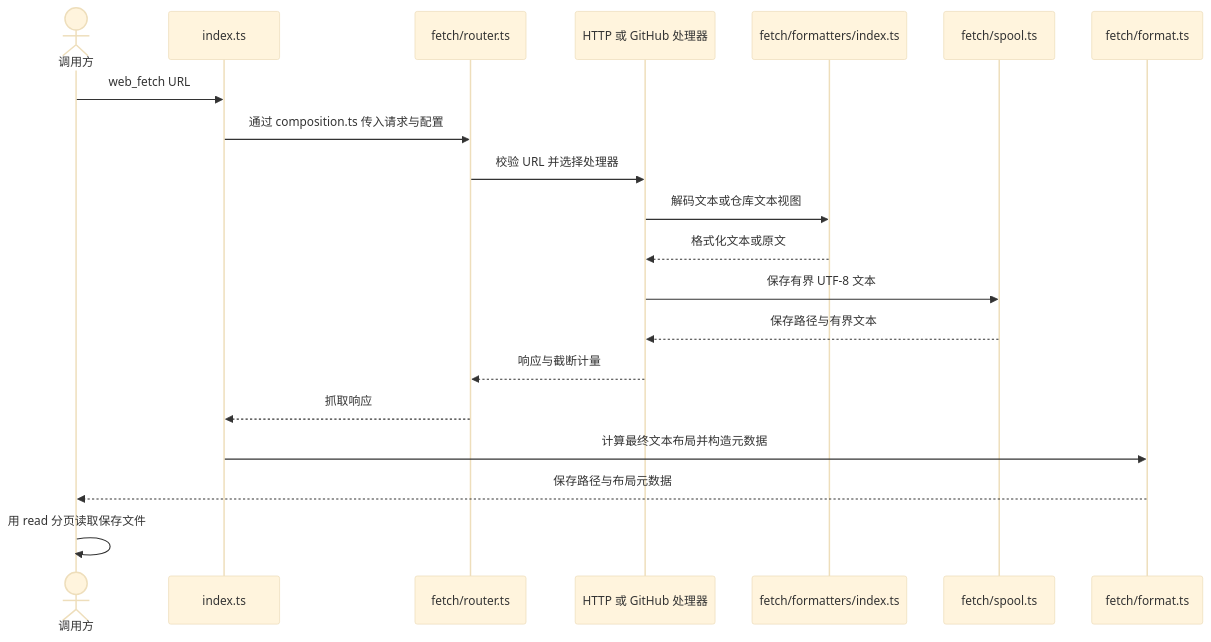
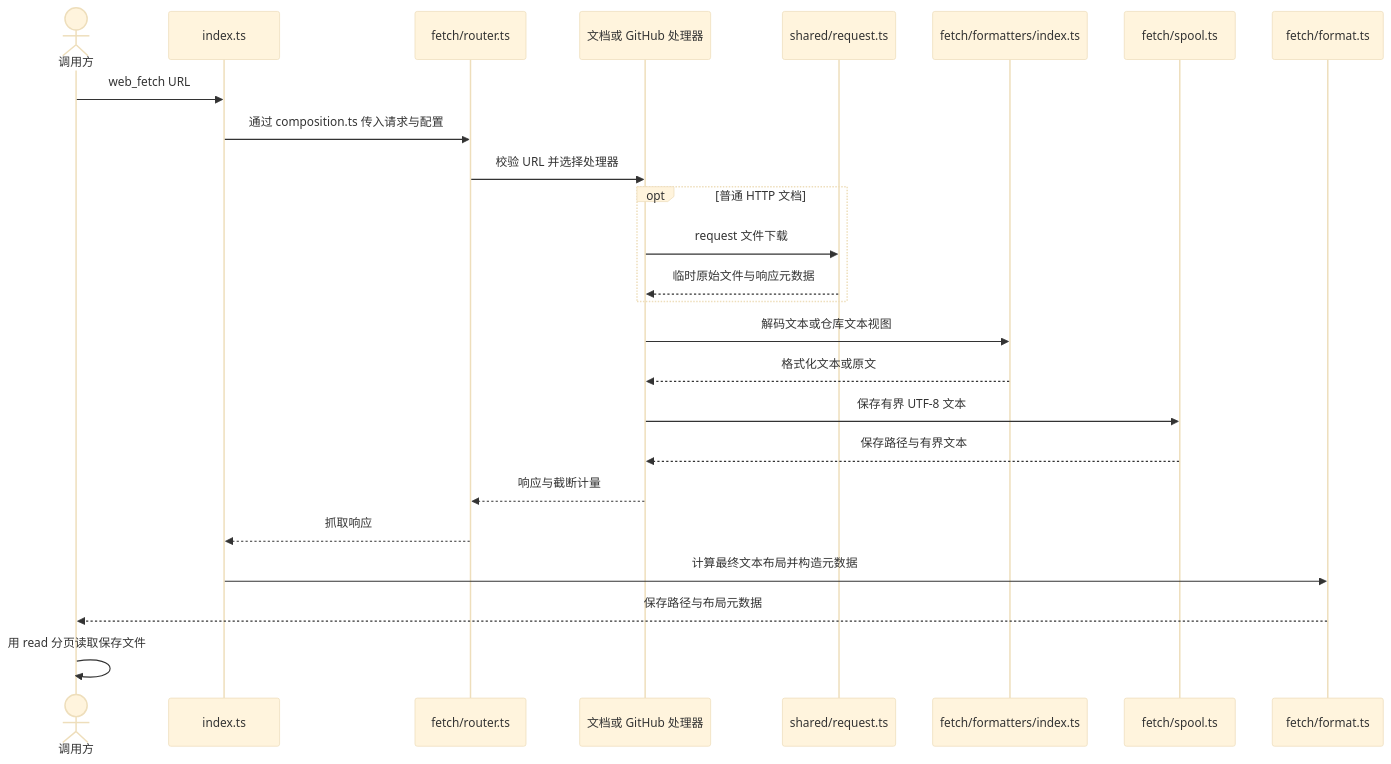
One commit to aqua2k1/pi-kits changed the third of 3 diagrams in extensions/pi-web-kits/docs/architecture.md. Above: the diagram before and after it, drawn with Mermaid (base theme). The commit also changed other lines of this file and 45 other files, not shown here.

````diff
--- a/extensions/pi-web-kits/docs/architecture.md
+++ b/extensions/pi-web-kits/docs/architecture.md
@@ -73,22 +77,27 @@
 ```mermaid
 sequenceDiagram
   actor caller as 调用方
   participant entry as index.ts
   participant router as fetch/router.ts
-  participant handler as HTTP 或 GitHub 处理器
+  participant handler as 文档或 GitHub 处理器
+  participant transport as shared/request.ts
   participant formatter as fetch/formatters/index.ts
   participant spool as fetch/spool.ts
   participant output as fetch/format.ts
   caller->>entry: web_fetch URL
   entry->>router: 通过 composition.ts 传入请求与配置
   router->>handler: 校验 URL 并选择处理器
+  opt 普通 HTTP 文档
+    handler->>transport: request 文件下载
+    transport-->>handler: 临时原始文件与响应元数据
+  end
   handler->>formatter: 解码文本或仓库文本视图
   formatter-->>handler: 格式化文本或原文
   handler->>spool: 保存有界 UTF-8 文本
   spool-->>handler: 保存路径与有界文本
   handler-->>router: 响应与截断计量
   router-->>entry: 抓取响应
   entry->>output: 计算最终文本布局并构造元数据
   output-->>caller: 保存路径与布局元数据
   caller->>caller: 用 read 分页读取保存文件
 ```
````
